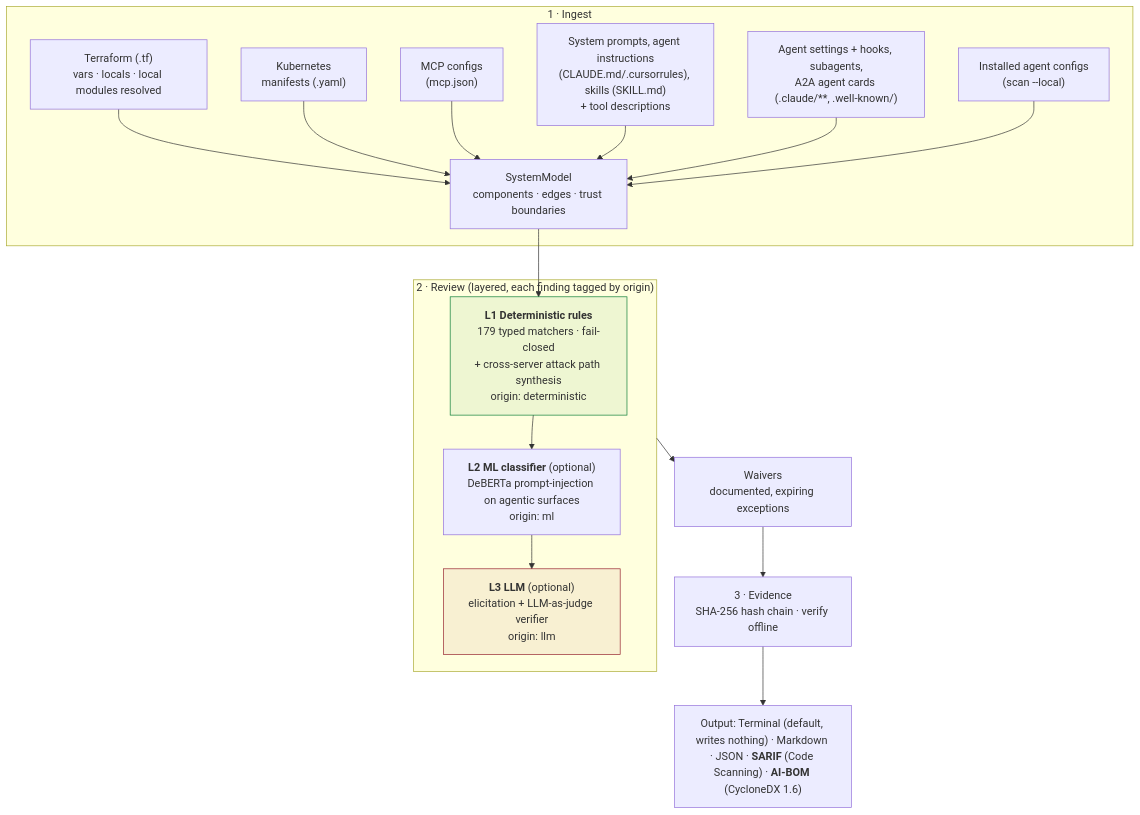
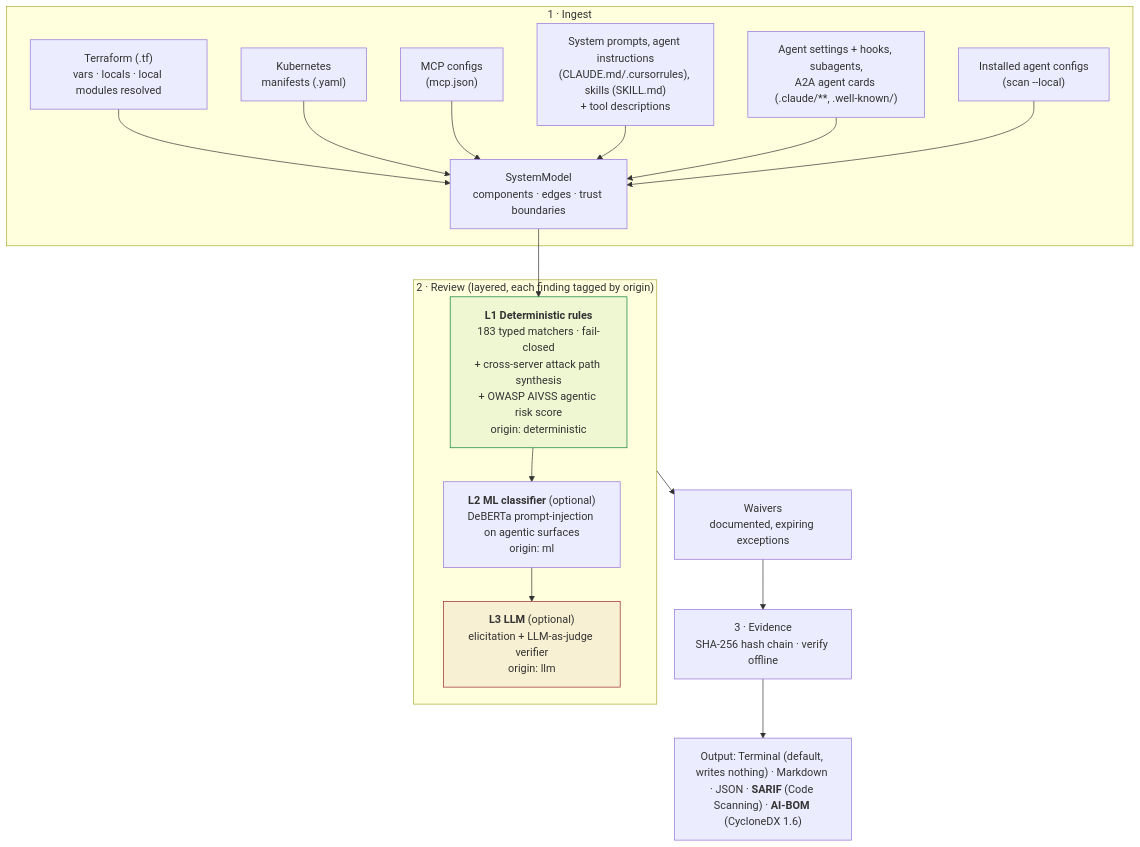
The first of 4 diagrams in README.md (attestral-labs/attestral), drawn with Mermaid before and after one commit. The commit also changed other lines of this file and 7 other files, not shown here.

First line of the commit message:
Add OWASP AIVSS agentic risk score, dedupe findings, fix README count drift

````diff
--- a/README.md
+++ b/README.md
@@ -96,24 +96,24 @@
 ```mermaid
 flowchart TB
     subgraph ING["1 · Ingest"]
         TF["Terraform (.tf)<br/>vars · locals · local modules resolved"] --> M
         K8S["Kubernetes<br/>manifests (.yaml)"] --> M
         MCP["MCP configs<br/>(mcp.json)"] --> M
         SP["System prompts, agent instructions<br/>(CLAUDE.md/.cursorrules), skills (SKILL.md)<br/>+ tool descriptions"] --> M
         AC["Agent settings + hooks, subagents,<br/>A2A agent cards (.claude/**, .well-known/)"] --> M
         LC["Installed agent configs<br/>(scan --local)"] --> M
         M["SystemModel<br/>components · edges · trust boundaries"]
     end
     M --> L1
     subgraph REV["2 · Review (layered, each finding tagged by origin)"]
-        L1["<b>L1 Deterministic rules</b><br/>179 typed matchers · fail-closed<br/>+ cross-server attack path synthesis<br/>origin: deterministic"]
+        L1["<b>L1 Deterministic rules</b><br/>183 typed matchers · fail-closed<br/>+ cross-server attack path synthesis<br/>+ OWASP AIVSS agentic risk score<br/>origin: deterministic"]
         L2["<b>L2 ML classifier</b> (optional)<br/>DeBERTa prompt-injection on agentic surfaces<br/>origin: ml"]
         L3["<b>L3 LLM</b> (optional)<br/>elicitation + LLM-as-judge verifier<br/>origin: llm"]
         L1 --> L2 --> L3
     end
     REV --> W["Waivers<br/>documented, expiring exceptions"]
     W --> EV["3 · Evidence<br/>SHA-256 hash chain · verify offline"]
     EV --> OUT["Output: Terminal (default, writes nothing) · Markdown · JSON · <b>SARIF</b> (Code Scanning) · <b>AI-BOM</b> (CycloneDX 1.6)"]
     style L1 fill:#0a7d3611,stroke:#0a7d36
     style L3 fill:#96222E11,stroke:#96222E
 ```
````
